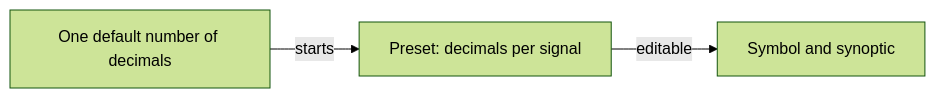
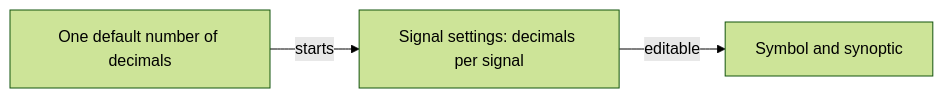
Before and after one commit to AlexandreGallais/synoptic-studio-spec: diagram 31 of 50 in metadata/draft.md, drawn with Mermaid (forest theme). The commit also changed other lines of this file and 65 other files, not shown here.

````diff
--- a/metadata/draft.md
+++ b/metadata/draft.md
@@ -826,5 +826,5 @@
 ```mermaid
 flowchart LR
-    U["One default number of decimals"] -->|"starts"| P["Preset: decimals per signal"]
+    U["One default number of decimals"] -->|"starts"| P["Signal settings: decimals per signal"]
     P -->|"editable"| S["Symbol and synoptic"]
 ```
````
